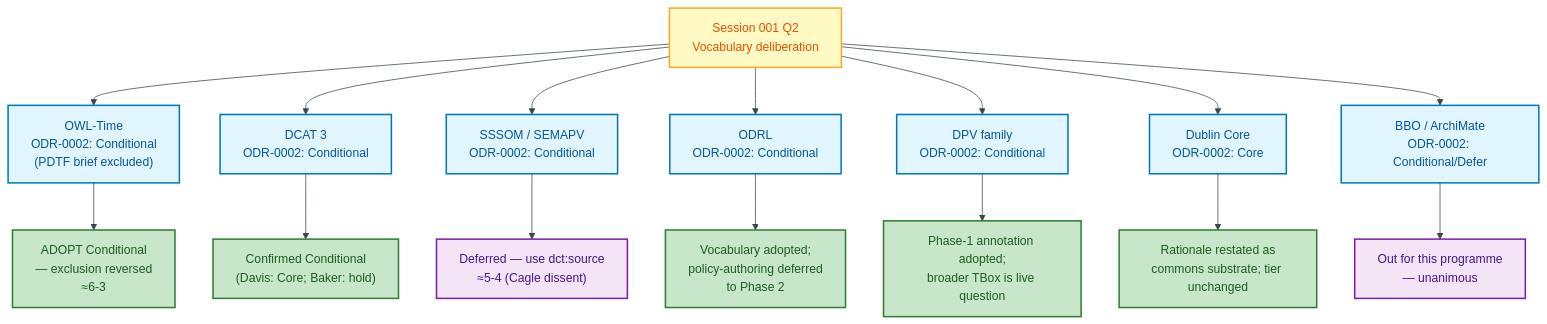
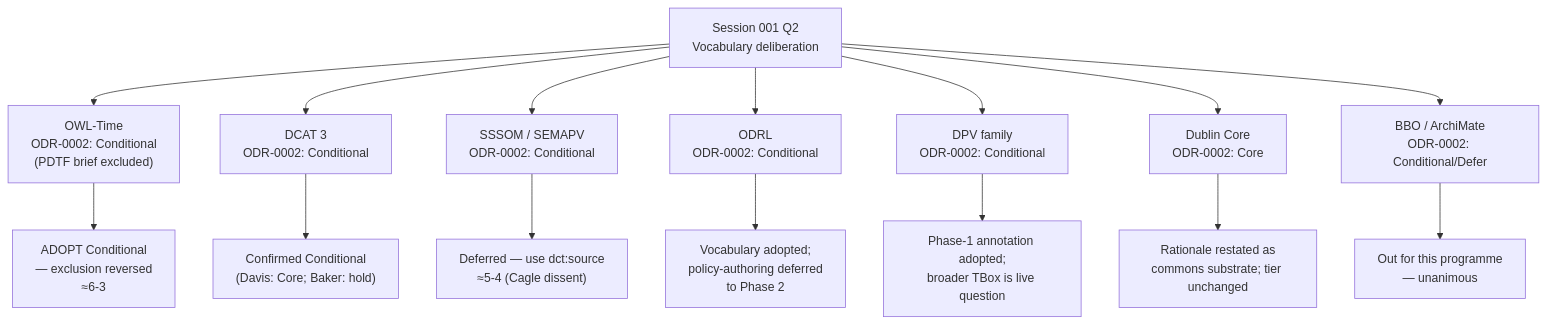
One commit to sparkling/opda changed the second of 3 diagrams in docs/ontology/odr/ODR-0014-vocabulary-catalogue-amendments.md. Above: the diagram before and after it, drawn with Mermaid. The commit also changed other lines of this file and 25 other files, not shown here.

````diff
--- a/docs/ontology/odr/ODR-0014-vocabulary-catalogue-amendments.md
+++ b/docs/ontology/odr/ODR-0014-vocabulary-catalogue-amendments.md
@@ -68,41 +63,36 @@
 ```mermaid
-%%{init:{"theme":"base","themeVariables":{"primaryColor":"#E3F2FD","primaryTextColor":"#0D47A1","primaryBorderColor":"#1565C0","lineColor":"#37474F"}}}%%
 flowchart TD
     accTitle: Vocabulary tier decisions — Session 001 Q2
     accDescr: Seven vocabulary entries from the amended table showing the ODR-0002 baseline and the Session-001 outcome for each
-    classDef process fill:#E1F5FE,stroke:#0277BD,stroke-width:2px,color:#01579B
-    classDef decision fill:#FFF9C4,stroke:#F9A825,stroke-width:2px,color:#E65100
-    classDef output fill:#C8E6C9,stroke:#2E7D32,stroke-width:2px,color:#1B5E20
-    classDef deferred fill:#F3E5F5,stroke:#7B1FA2,stroke-width:2px,color:#4A148C
 
-    S001["Session 001 Q2<br/>Vocabulary deliberation"]:::decision
+    S001["Session 001 Q2<br/>Vocabulary deliberation"]:::warning
 
     OT_B["OWL-Time<br/>ODR-0002: Conditional<br/>(PDTF brief excluded)"]:::process
-    OT_O["ADOPT Conditional<br/>— exclusion reversed<br/>≈6-3"]:::output
+    OT_O["ADOPT Conditional<br/>— exclusion reversed<br/>≈6-3"]:::success
 
     DCAT_B["DCAT 3<br/>ODR-0002: Conditional"]:::process
-    DCAT_O["Confirmed Conditional<br/>(Davis: Core; Baker: hold)"]:::output
+    DCAT_O["Confirmed Conditional<br/>(Davis: Core; Baker: hold)"]:::success
 
     SS_B["SSSOM / SEMAPV<br/>ODR-0002: Conditional"]:::process
-    SS_O["Deferred — use dct:source<br/>≈5-4 (Cagle dissent)"]:::deferred
+    SS_O["Deferred — use dct:source<br/>≈5-4 (Cagle dissent)"]:::user
 
     ODRL_B["ODRL<br/>ODR-0002: Conditional"]:::process
-    ODRL_O["Vocabulary adopted;<br/>policy-authoring deferred<br/>to Phase 2"]:::output
+    ODRL_O["Vocabulary adopted;<br/>policy-authoring deferred<br/>to Phase 2"]:::success
 
     DPV_B["DPV family<br/>ODR-0002: Conditional"]:::process
-    DPV_O["Phase-1 annotation adopted;<br/>broader TBox is live question"]:::output
+    DPV_O["Phase-1 annotation adopted;<br/>broader TBox is live question"]:::success
 
     DC_B["Dublin Core<br/>ODR-0002: Core"]:::process
-    DC_O["Rationale restated as<br/>commons substrate; tier unchanged"]:::output
+    DC_O["Rationale restated as<br/>commons substrate; tier unchanged"]:::success
 
     BBO_B["BBO / ArchiMate<br/>ODR-0002: Conditional/Defer"]:::process
-    BBO_O["Out for this programme<br/>— unanimous"]:::deferred
+    BBO_O["Out for this programme<br/>— unanimous"]:::user
 
     S001 --> OT_B --> OT_O
     S001 --> DCAT_B --> DCAT_O
     S001 --> SS_B --> SS_O
     S001 --> ODRL_B --> ODRL_O
     S001 --> DPV_B --> DPV_O
     S001 --> DC_B --> DC_O
     S001 --> BBO_B --> BBO_O
 ```
````
